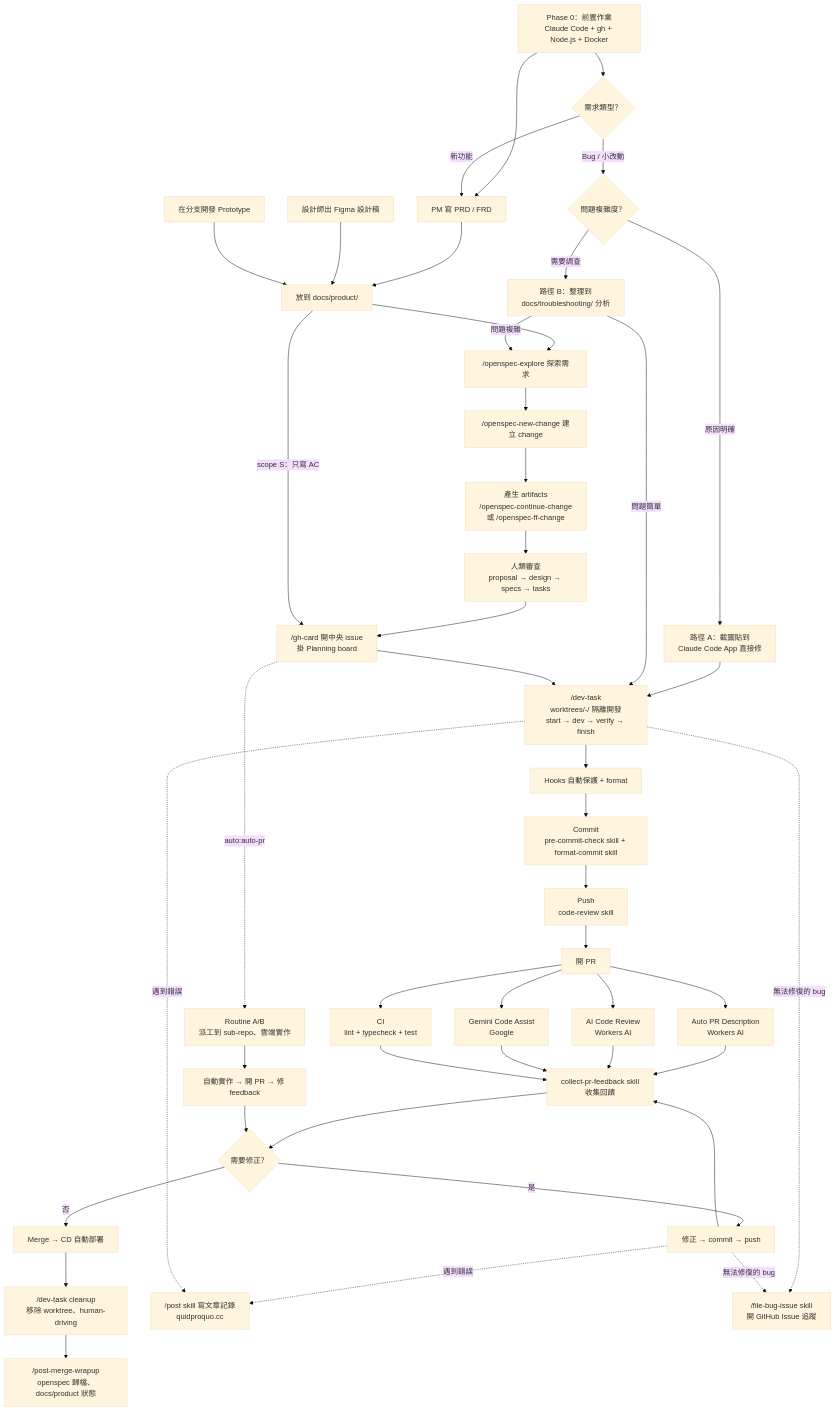
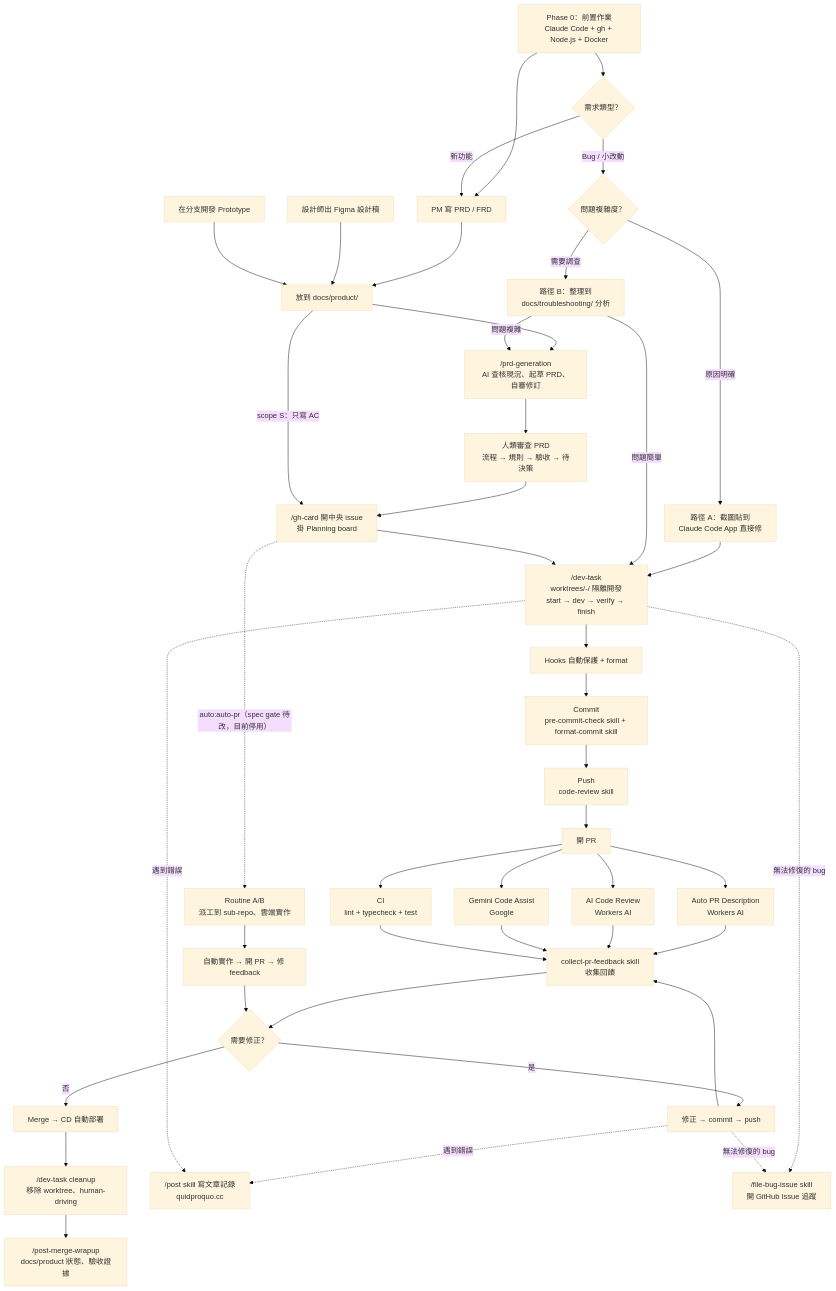
Before and after one commit to daodaoedu/daodao: the diagram in docs/workflow.md, drawn with Mermaid (base theme). The commit also changed other lines of this file, not shown here.

````diff
--- a/docs/workflow.md
+++ b/docs/workflow.md
@@ -21,49 +21,47 @@
 ```mermaid
 flowchart TD
     A0["Phase 0：前置作業<br/>Claude Code + gh + Node.js + Docker"] --> A1
     A0 --> BUG{"需求類型？"}
 
     BUG -- "新功能" --> A1
     A1[PM 寫 PRD / FRD] --> A4[放到 docs/product/]
     A2[設計師出 Figma 設計稿] --> A4
     A3[在分支開發 Prototype] --> A4
-    A4 --> B["/openspec-explore 探索需求"]
+    A4 --> B["/prd-generation<br/>AI 查核現況、起草 PRD、自審修訂"]
 
     BUG -- "Bug / 小改動" --> BUGPATH{"問題複雜度？"}
     BUGPATH -- "原因明確" --> BUGA["路徑 A：截圖貼到<br/>Claude Code App 直接修"]
     BUGA --> F
     BUGPATH -- "需要調查" --> BUGB["路徑 B：整理到<br/>docs/troubleshooting/ 分析"]
     BUGB -- "問題簡單" --> F
     BUGB -- "問題複雜" --> B
-    B --> C["/openspec-new-change 建立 change"]
-    C --> D["產生 artifacts<br/>/openspec-continue-change<br/>或 /openspec-ff-change"]
-    D --> E["人類審查<br/>proposal → design → specs → tasks"]
+    B --> E["人類審查 PRD<br/>流程 → 規則 → 驗收 → 待決策"]
     E --> E2["/gh-card 開中央 issue<br/>掛 Planning board"]
     A4 -- "scope S：只寫 AC" --> E2
     E2 --> F["/dev-task<br/>worktrees/<n>-<slug>/ 隔離開發<br/>start → dev → verify → finish"]
     F --> G["Hooks 自動保護 + format"]
     G --> H["Commit<br/>pre-commit-check skill + format-commit skill"]
     H --> I["Push<br/>code-review skill"]
     I --> J[開 PR]
 
     J --> K["Auto PR Description<br/>Workers AI"]
     J --> L["AI Code Review<br/>Workers AI"]
     J --> M["Gemini Code Assist<br/>Google"]
     J --> N["CI<br/>lint + typecheck + test"]
 
     K & L & M & N --> O["collect-pr-feedback skill<br/>收集回饋"]
     O --> P{需要修正？}
     P -- 是 --> Q[修正 → commit → push] --> O
     P -- 否 --> R[Merge → CD 自動部署]
     R --> S["/dev-task cleanup<br/>移除 worktree、human-driving"]
-    S --> T["/post-merge-wrapup<br/>openspec 歸檔、docs/product 狀態"]
+    S --> T["/post-merge-wrapup<br/>docs/product 狀態、驗收證據"]
 
     Q -. 遇到錯誤 .-> U["/post skill 寫文章記錄<br/>quidproquo.cc"]
     F -. 遇到錯誤 .-> U
     F -. 無法修復的 bug .-> Y["/file-bug-issue skill<br/>開 GitHub Issue 追蹤"]
     Q -. 無法修復的 bug .-> Y
 
-    E2 -. "auto:auto-pr" .-> W["Routine A/B<br/>派工到 sub-repo、雲端實作"]
+    E2 -. "auto:auto-pr（spec gate 待改，目前停用）" .-> W["Routine A/B<br/>派工到 sub-repo、雲端實作"]
     W --> X["自動實作 → 開 PR → 修 feedback"]
     X --> P
 ```
````
